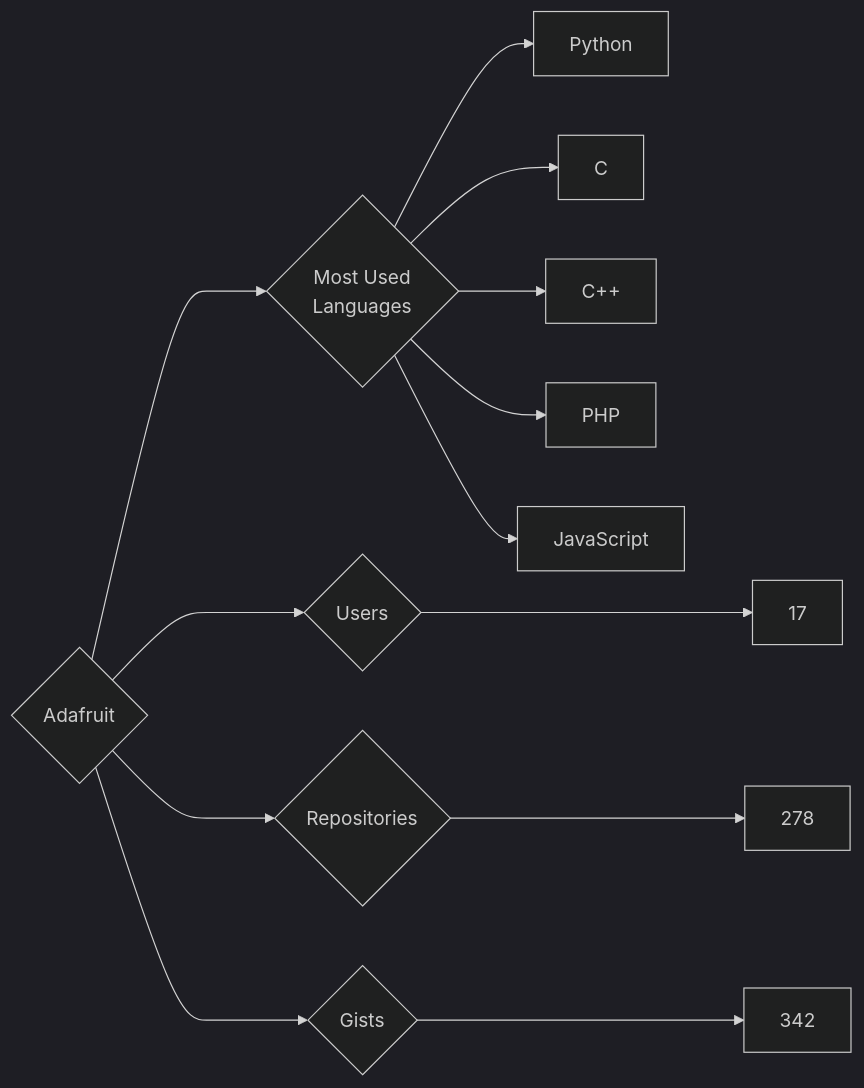
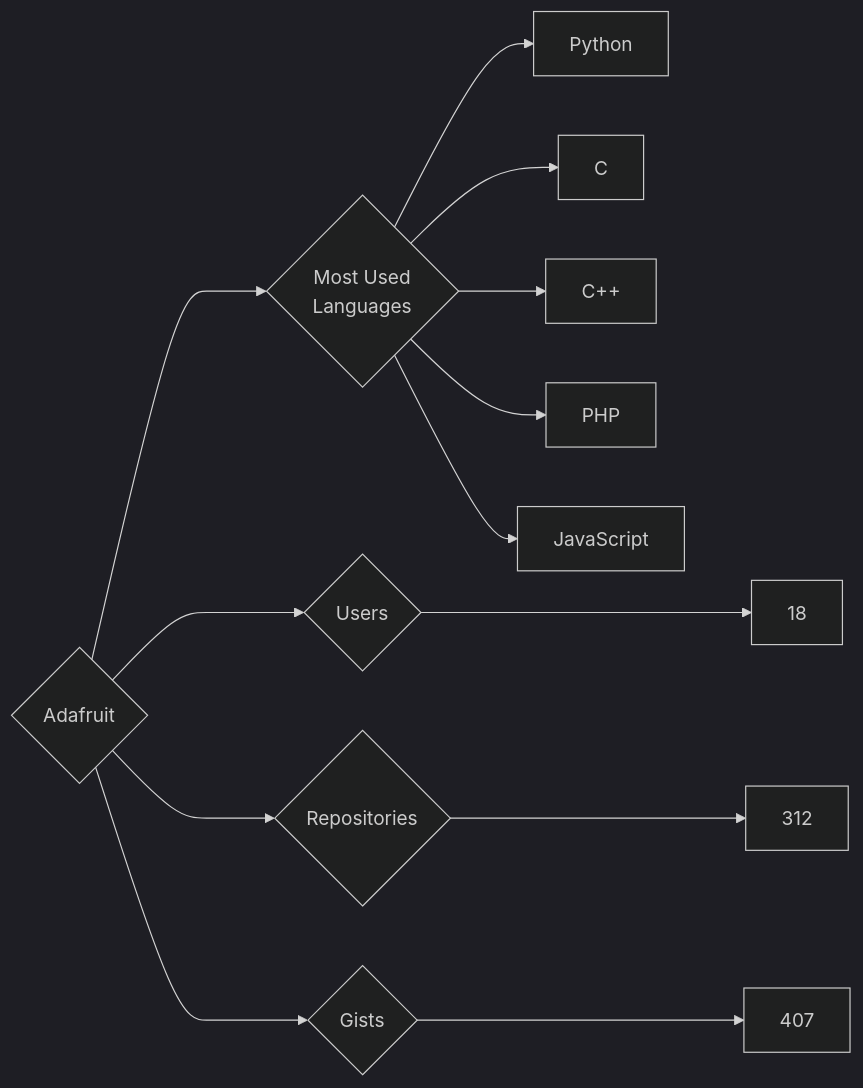
The diagram in targets/Adafruit/README.md (trickest/insiders), drawn with Mermaid (dark theme) before and after one commit. The commit also changed 895 other files, not shown here.

````diff
--- a/targets/Adafruit/README.md
+++ b/targets/Adafruit/README.md
@@ -3,13 +3,13 @@
 ```mermaid
 graph LR
 COMPANY_NAME{Adafruit}
-COMPANY_NAME ---> U{Users} ---> UN[17]
-COMPANY_NAME ---> R{Repositories} ---> RN[278]
-COMPANY_NAME ---> G{Gists} ---> GN[342]
+COMPANY_NAME ---> U{Users} ---> UN[18]
+COMPANY_NAME ---> R{Repositories} ---> RN[312]
+COMPANY_NAME ---> G{Gists} ---> GN[407]
 COMPANY_NAME ---> ML{Most Used<br>Languages}
 ML --> Python[Python]
 ML --> C[C]
 ML --> C++[C++]
 ML --> PHP[PHP]
 ML --> JavaScript[JavaScript]
 ```
````
